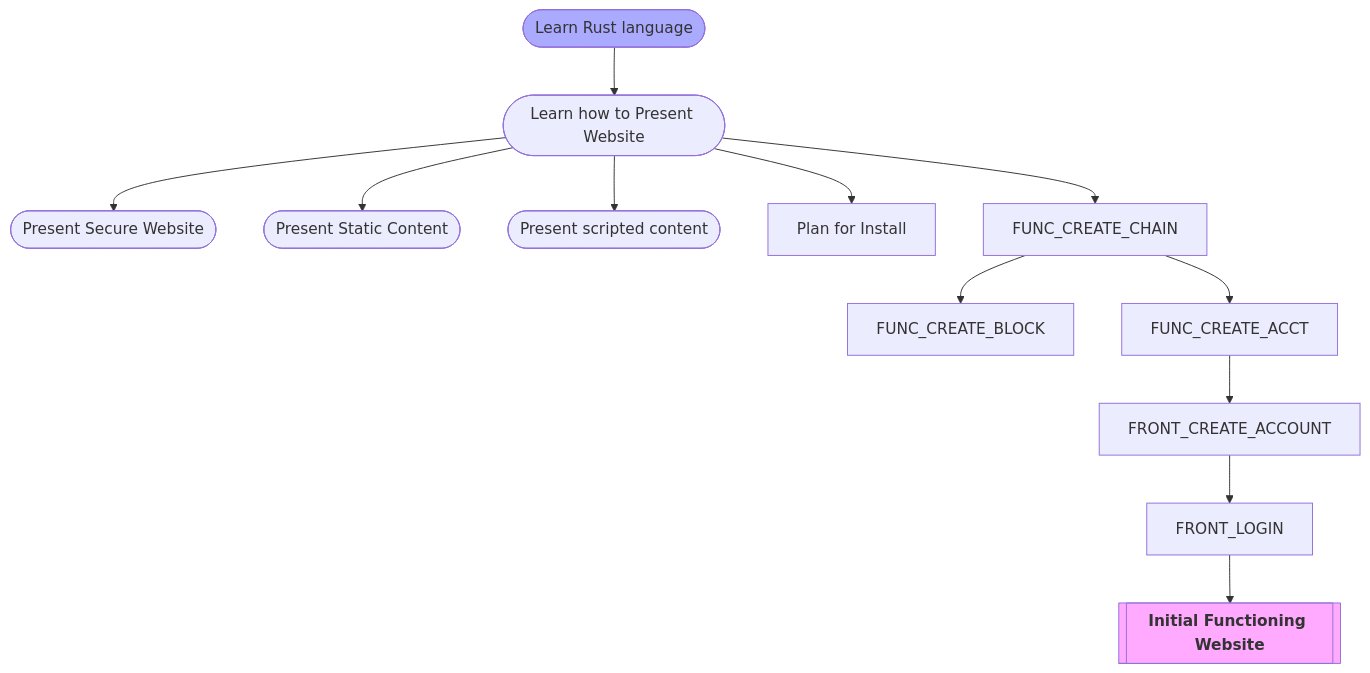
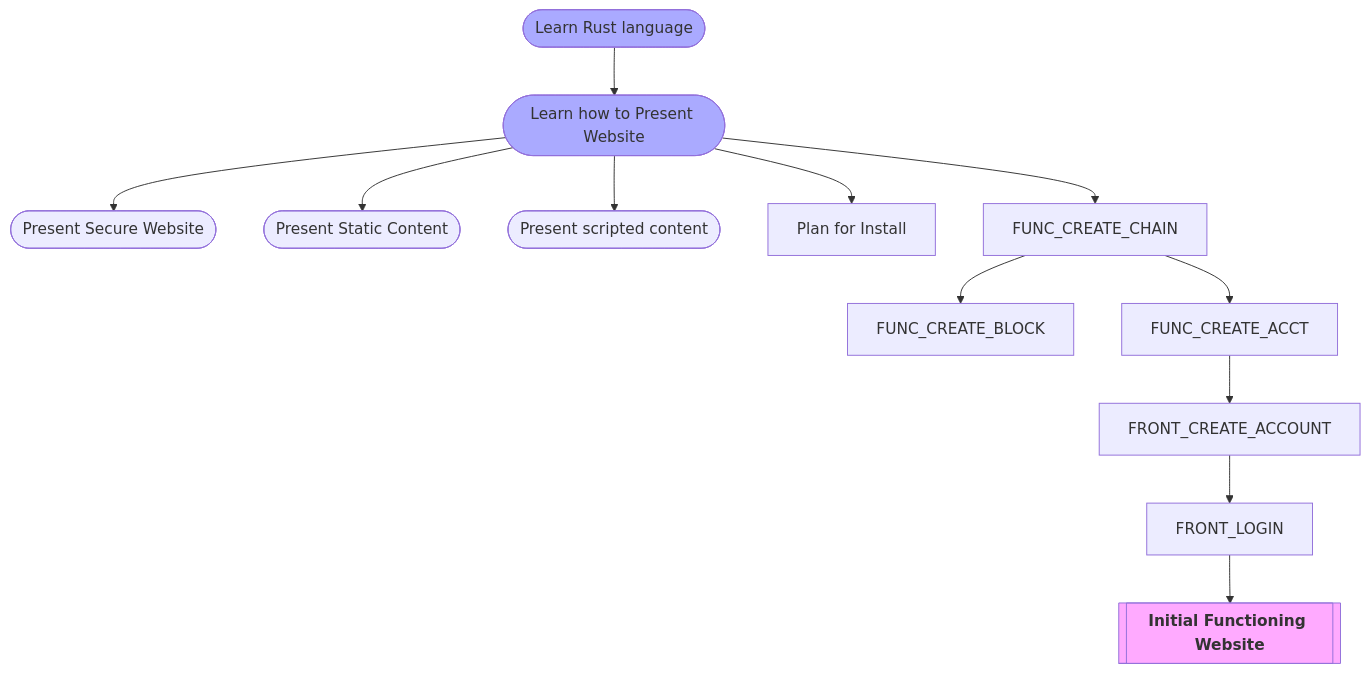
Before and after one commit to clintwebb/backend: the first of 2 diagrams in ProjectPlan.md, drawn with Mermaid. The commit also changed 1 other file, not shown here.

Commit message:
Preparation

````diff
--- a/ProjectPlan.md
+++ b/ProjectPlan.md
@@ -3,68 +3,69 @@
 ```mermaid
 flowchart TD;
     %% LEARN  - Initial learning of some functionality
     %% PLAN   - Design, or list the expected requirements.
     %% FUNC   - Functionality
     %% API    - Specific API functionality that will be required to perform the functionality.
     %% FRONT  - Functionality at the front-end (the browser) to perform some some functionality.
 
     %% To mark an item as completed (afa=green, faf=purple, aaf=blue)
     %% style EXAMPLE fill:#afa
 
     %% To provide a link
     %% A[<a href='https://google.com'>works</a>]
     %%--------------
 
     %% Completed (#afa)
     %% style EXAMPLE fill:#afa
 
     %% Active (#aaf)
     style LEARN_RUST fill:#aaf
+    style LEARN_RUST_WEB fill:#aaf
 
     %%--------------
 
 
     %% Have not developed anything yet with Rust, so this is an opportunity to learn it.
     LEARN_RUST([Learn Rust language])
     
     %% After learning the general Rust language, need to learn how to use it to present a website
     LEARN_RUST_WEB([Learn how to Present Website])
     LEARN_RUST --> LEARN_RUST_WEB
     
     %% When presenting a website, need to be able to secure it.  Would be good to be able to do that directly in our app, rather than relying on a proxy in-front
     LEARN_RUST_WEB_CERTS([Present Secure Website])
     LEARN_RUST_WEB --> LEARN_RUST_WEB_CERTS
     
     %% Want to be able to present static content.   Originally from direct file content (often deployed).  Eventually would want to also be able to present static content from a Block.
     LEARN_RUST_WEB_STATIC([Present Static Content])
     LEARN_RUST_WEB --> LEARN_RUST_WEB_STATIC
     
     %% There may be cases where we want to run something dynamically on the endpoint.
     LEARN_RUST_WEB_DYNAMIC([Present scripted content])
     LEARN_RUST_WEB --> LEARN_RUST_WEB_DYNAMIC
     
     %% When people are using the backend, need to plan how we are expecting it to be first setup.
     PLAN_BACKEND_INSTALL[Plan for Install]
     LEARN_RUST_WEB --> PLAN_BACKEND_INSTALL
 
 
     %% The backend will be able to gather information for the front-end, but wont actually know the content of it.   Each chain can have read-only access potentially, but a seperate key will be needed to modify (add to) the chain.
     FUNC_CREATE_CHAIN
     LEARN_RUST_WEB --> FUNC_CREATE_CHAIN
 
     FUNC_CREATE_BLOCK
     FUNC_CREATE_CHAIN --> FUNC_CREATE_BLOCK
 
     %% When a user is creating an account for the service, need to then setup some chains and blocks.
     FUNC_CREATE_ACCT
     FUNC_CREATE_CHAIN --> FUNC_CREATE_ACCT
 
     FRONT_CREATE_ACCOUNT
     FUNC_CREATE_ACCT --> FRONT_CREATE_ACCOUNT
 
     FRONT_LOGIN  --> TARGET
     FRONT_CREATE_ACCOUNT --> FRONT_LOGIN
 
     TARGET[["`**Initial Functioning Website**`"]]
     style TARGET fill:#faf
 ```
````
